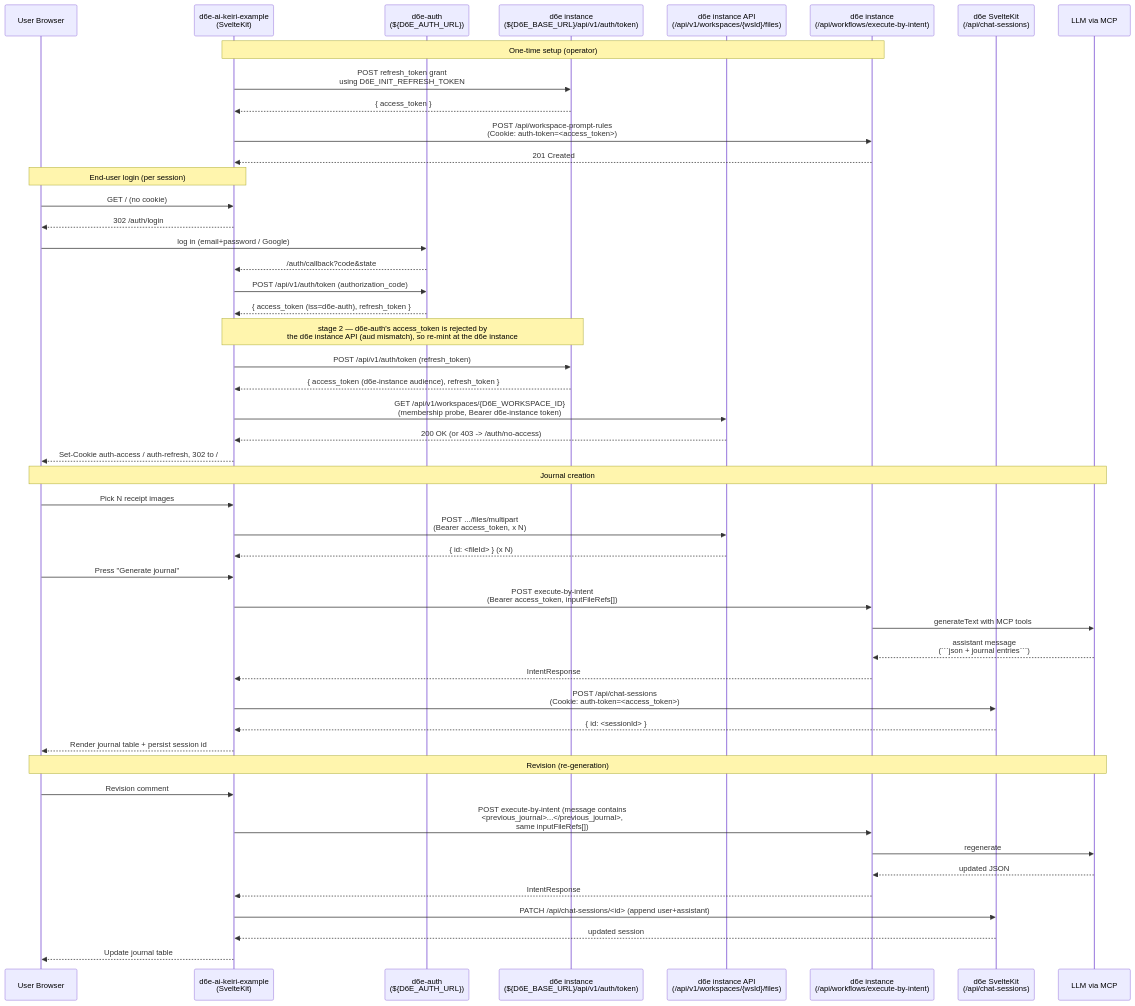
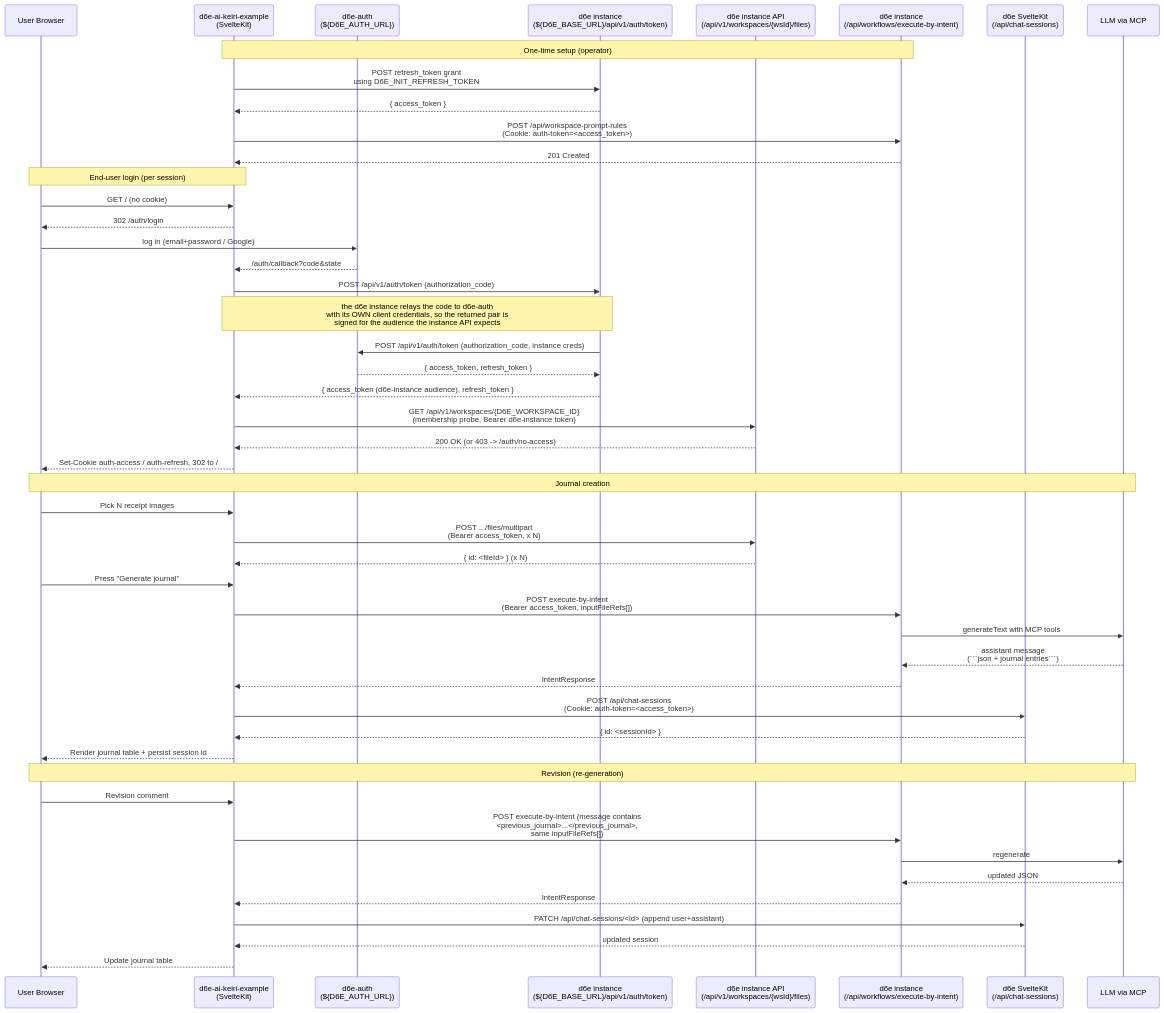
One commit to d6e-ai/d6e-ai-keiri-example changed the diagram in docs/architecture.md. Above: the diagram before and after it, drawn with Mermaid. The commit also changed other lines of this file and 12 other files, not shown here.

First line of the commit message:
Switch end-user login to instance-brokered token exchange

````diff
--- a/docs/architecture.md
+++ b/docs/architecture.md
@@ -8,54 +8,54 @@
 ```mermaid
 sequenceDiagram
     participant User as User Browser
     participant App as d6e-ai-keiri-example<br/>(SvelteKit)
     participant Auth as d6e-auth<br/>(${D6E_AUTH_URL})
     participant Token as d6e instance<br/>(${D6E_BASE_URL}/api/v1/auth/token)
     participant Files as d6e instance API<br/>(/api/v1/workspaces/{wsId}/files)
     participant Intent as d6e instance<br/>(/api/workflows/execute-by-intent)
     participant Sessions as d6e SvelteKit<br/>(/api/chat-sessions)
     participant LLM as LLM via MCP
 
     Note over App,Intent: One-time setup (operator)
     App->>Token: POST refresh_token grant<br/>using D6E_INIT_REFRESH_TOKEN
     Token-->>App: { access_token }
     App->>Intent: POST /api/workspace-prompt-rules<br/>(Cookie: auth-token=<access_token>)
     Intent-->>App: 201 Created
 
     Note over User,App: End-user login (per session)
     User->>App: GET / (no cookie)
     App-->>User: 302 /auth/login
     User->>Auth: log in (email+password / Google)
     Auth-->>App: /auth/callback?code&state
-    App->>Auth: POST /api/v1/auth/token (authorization_code)
-    Auth-->>App: { access_token (iss=d6e-auth), refresh_token }
-    Note over App,Token: stage 2 — d6e-auth's access_token is rejected by<br/>the d6e instance API (aud mismatch), so re-mint at the d6e instance
-    App->>Token: POST /api/v1/auth/token (refresh_token)
+    App->>Token: POST /api/v1/auth/token (authorization_code)
+    Note over App,Token: the d6e instance relays the code to d6e-auth<br/>with its OWN client credentials, so the returned pair is<br/>signed for the audience the instance API expects
+    Token->>Auth: POST /api/v1/auth/token (authorization_code, instance creds)
+    Auth-->>Token: { access_token, refresh_token }
     Token-->>App: { access_token (d6e-instance audience), refresh_token }
     App->>Files: GET /api/v1/workspaces/{D6E_WORKSPACE_ID}<br/>(membership probe, Bearer d6e-instance token)
     Files-->>App: 200 OK (or 403 -> /auth/no-access)
     App-->>User: Set-Cookie auth-access / auth-refresh, 302 to /
 
     Note over User,LLM: Journal creation
     User->>App: Pick N receipt images
     App->>Files: POST .../files/multipart<br/>(Bearer access_token, x N)
     Files-->>App: { id: <fileId> } (x N)
     User->>App: Press "Generate journal"
     App->>Intent: POST execute-by-intent<br/>(Bearer access_token, inputFileRefs[])
     Intent->>LLM: generateText with MCP tools
     LLM-->>Intent: assistant message<br/>(```json + journal entries```)
     Intent-->>App: IntentResponse
     App->>Sessions: POST /api/chat-sessions<br/>(Cookie: auth-token=<access_token>)
     Sessions-->>App: { id: <sessionId> }
     App-->>User: Render journal table + persist session id
 
     Note over User,LLM: Revision (re-generation)
     User->>App: Revision comment
     App->>Intent: POST execute-by-intent (message contains<br/><previous_journal>...</previous_journal>,<br/>same inputFileRefs[])
     Intent->>LLM: regenerate
     LLM-->>Intent: updated JSON
     Intent-->>App: IntentResponse
     App->>Sessions: PATCH /api/chat-sessions/<id> (append user+assistant)
     Sessions-->>App: updated session
     App-->>User: Update journal table
 ```
````
